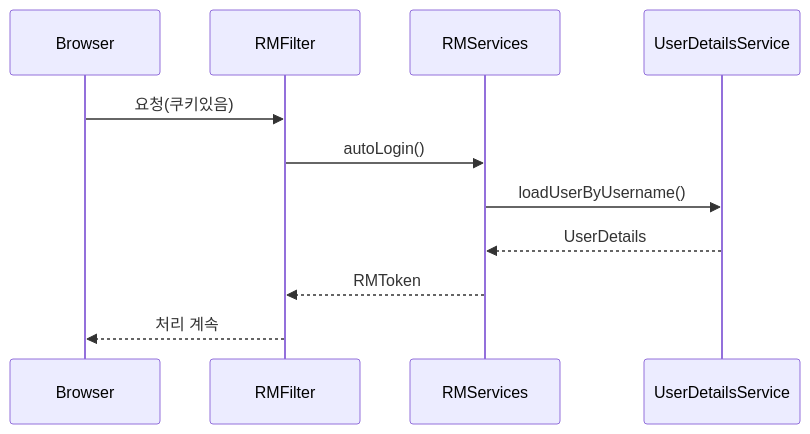
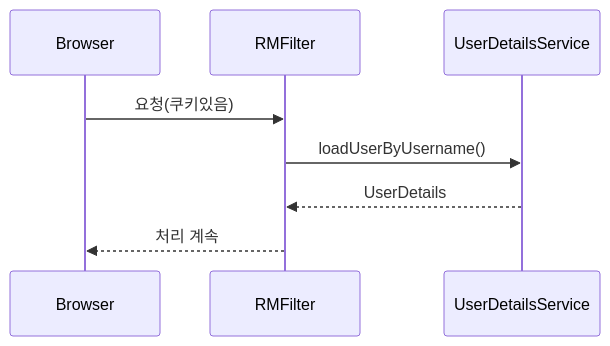
Before and after one commit to yjkim2015/yjkim2015.github.io: the first of 2 diagrams in _posts/security/2021-01-24-RememberMeAuthentication.md, drawn with Mermaid. The commit also changed 155 other files, not shown here.

First line of the commit message:
Mermaid 전면 수정: subgraph 제거, participant/노드/줄수 축소 (342블록)

````diff
--- a/_posts/security/2021-01-24-RememberMeAuthentication.md
+++ b/_posts/security/2021-01-24-RememberMeAuthentication.md
@@ -29,13 +29,10 @@
 ```mermaid
 sequenceDiagram
     participant B as Browser
     participant RMF as RMFilter
-    participant RMS as RMServices
     participant UDS as UserDetailsService
     B->>RMF: 요청(쿠키있음)
-    RMF->>RMS: autoLogin()
-    RMS->>UDS: loadUserByUsername()
-    UDS-->>RMS: UserDetails
-    RMS-->>RMF: RMToken
+    RMF->>UDS: loadUserByUsername()
+    UDS-->>RMF: UserDetails
     RMF-->>B: 처리 계속
 ```
````
